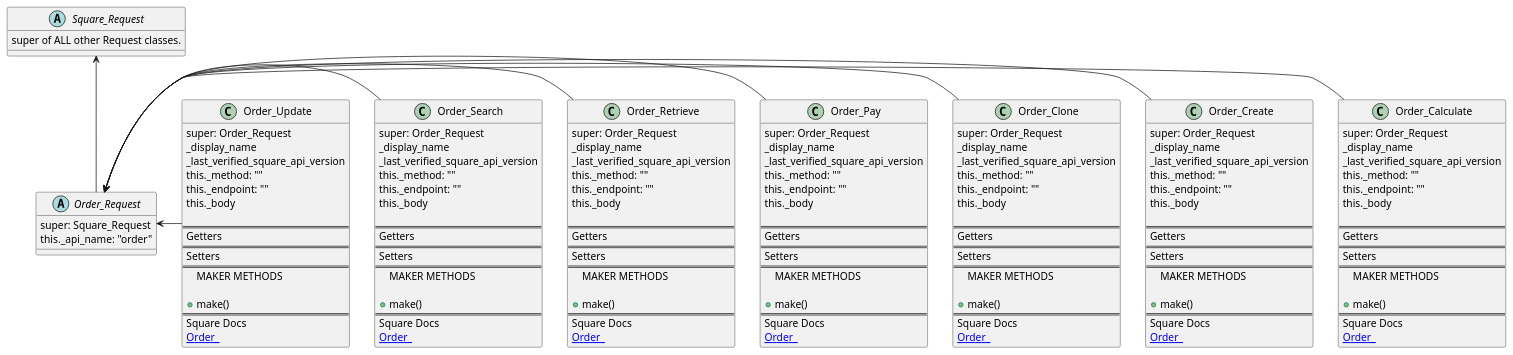
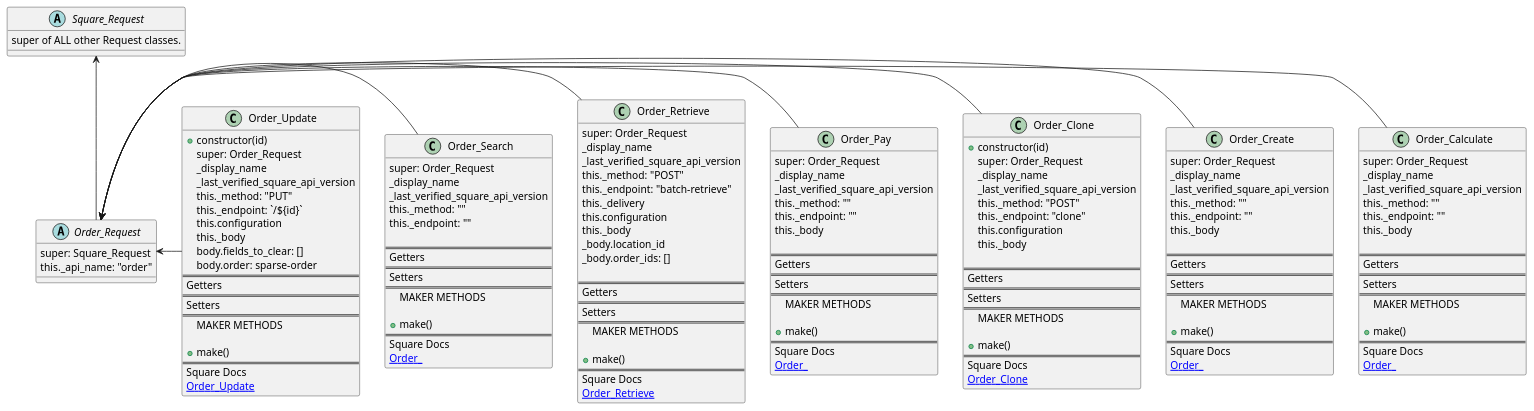
One commit to TwoFistedJustice/square-pie changed the diagram in docs/uml/stub.pie_order_requests.puml. Above: the diagram before and after it, drawn with PlantUML.

Commit message:
docs: fill in Retrieve, Clone, Update diagrams

```diff
--- a/docs/uml/stub.pie_order_requests.puml
+++ b/docs/uml/stub.pie_order_requests.puml
@@ -1,168 +1,176 @@
 @startuml
 'https://plantuml.com/class-diagram
 
 
 Square_Request <-- Order_Request
 Order_Request <- Order_Calculate
 Order_Request <- Order_Create
 Order_Request <- Order_Clone
 Order_Request <- Order_Pay
 Order_Request <- Order_Retrieve
 Order_Request <- Order_Search
 Order_Request <- Order_Update
 
 
 abstract class Square_Request{
 super of ALL other Request classes.
 }
 
 abstract class Order_Request {
 super: Square_Request
 this._api_name: "order"
 }
 
 
 class Order_Calculate {
 super: Order_Request
 _display_name
 _last_verified_square_api_version
 this._method: ""
 this._endpoint: ""
 this._body
 
 ==
 Getters
 ==
 Setters
 ==
 MAKER METHODS
 
 +make()
 ==
 Square Docs
 [[ Order_ ]]
 }
 
 class Order_Create  {
 super: Order_Request
 _display_name
 _last_verified_square_api_version
 this._method: ""
 this._endpoint: ""
 this._body
 
 ==
 Getters
 ==
 Setters
 ==
 MAKER METHODS
 
 +make()
 ==
 Square Docs
 [[ Order_ ]]
 }
 class Order_Clone  {
++constructor(id)
 super: Order_Request
 _display_name
 _last_verified_square_api_version
-this._method: ""
-this._endpoint: ""
+this._method: "POST"
+this._endpoint: "clone"
+this.configuration
 this._body
 
 ==
 Getters
 ==
 Setters
 ==
 MAKER METHODS
 
 +make()
 ==
 Square Docs
-[[ Order_ ]]
+[[https://developer.squareup.com/reference/square/orders-api/clone-order Order_Clone ]]
 }
 class Order_Pay  {
 super: Order_Request
 _display_name
 _last_verified_square_api_version
 this._method: ""
 this._endpoint: ""
 this._body
 
 ==
 Getters
 ==
 Setters
 ==
 MAKER METHODS
 
 +make()
 ==
 Square Docs
 [[ Order_ ]]
 }
 class Order_Retrieve  {
 super: Order_Request
 _display_name
 _last_verified_square_api_version
-this._method: ""
-this._endpoint: ""
+this._method: "POST"
+this._endpoint: "batch-retrieve"
+this._delivery
+this.configuration
 this._body
+_body.location_id
+_body.order_ids: []
 
 ==
 Getters
 ==
 Setters
 ==
 MAKER METHODS
 
 +make()
 ==
 Square Docs
-[[ Order_ ]]
+[[https://developer.squareup.com/reference/square/orders-api/retrieve-order Order_Retrieve ]]
 }
 class Order_Search  {
 super: Order_Request
 _display_name
 _last_verified_square_api_version
 this._method: ""
 this._endpoint: ""
-this._body
 
 ==
 Getters
 ==
 Setters
 ==
 MAKER METHODS
 
 +make()
 ==
 Square Docs
 [[ Order_ ]]
 }
 class Order_Update {
++constructor(id)
 super: Order_Request
 _display_name
 _last_verified_square_api_version
-this._method: ""
-this._endpoint: ""
+this._method: "PUT"
+this._endpoint: `/${id}`
+this.configuration
 this._body
-
+body.fields_to_clear: []
+body.order: sparse-order
 ==
 Getters
 ==
 Setters
 ==
 MAKER METHODS
 
 +make()
 ==
 Square Docs
-[[ Order_ ]]
+[[https://developer.squareup.com/reference/square/orders-api/update-order Order_Update ]]
 }
 
 
 @enduml
```
